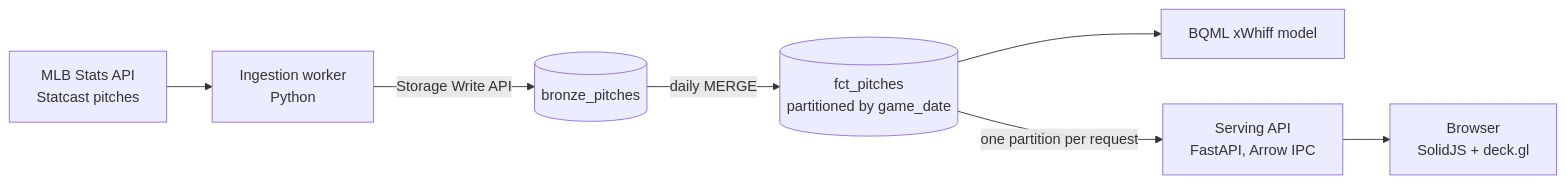
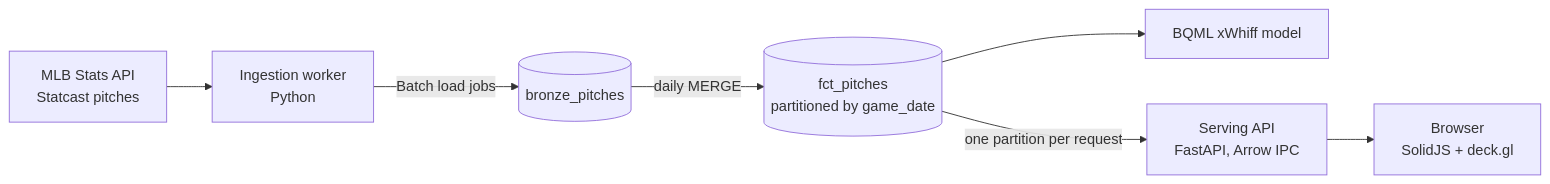
Before and after one commit to harlanljones/statcast-lakehouse: the first of 3 diagrams in README.md, drawn with Mermaid. The commit also changed 11 other files, not shown here.

````diff
--- a/README.md
+++ b/README.md
@@ -32,9 +32,9 @@
 ```mermaid
 flowchart LR
     api["MLB Stats API<br/>Statcast pitches"] --> worker["Ingestion worker<br/>Python"]
-    worker -->|"Storage Write API"| bronze[("bronze_pitches")]
+    worker -->|"Batch load jobs"| bronze[("bronze_pitches")]
     bronze -->|"daily MERGE"| fct[("fct_pitches<br/>partitioned by game_date")]
     fct --> bqml["BQML xWhiff model"]
     fct -->|"one partition per request"| serve["Serving API<br/>FastAPI, Arrow IPC"]
     serve --> web["Browser<br/>SolidJS + deck.gl"]
 ```
````
